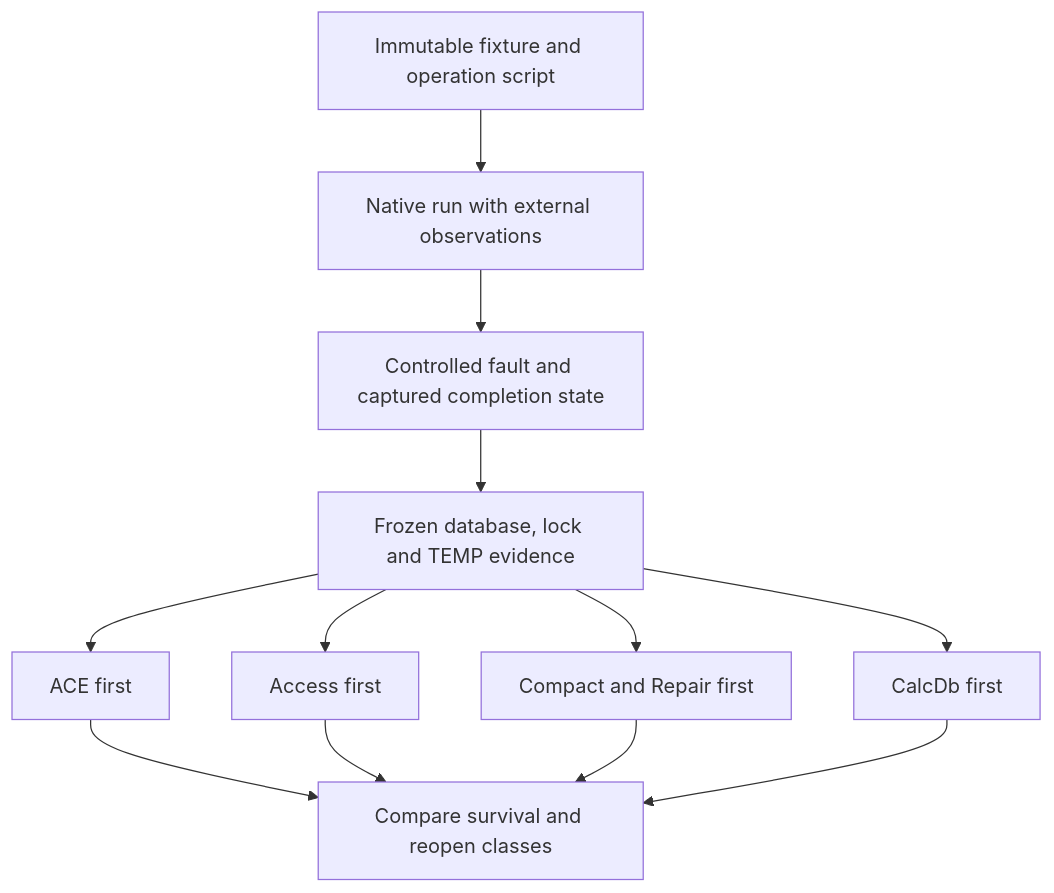
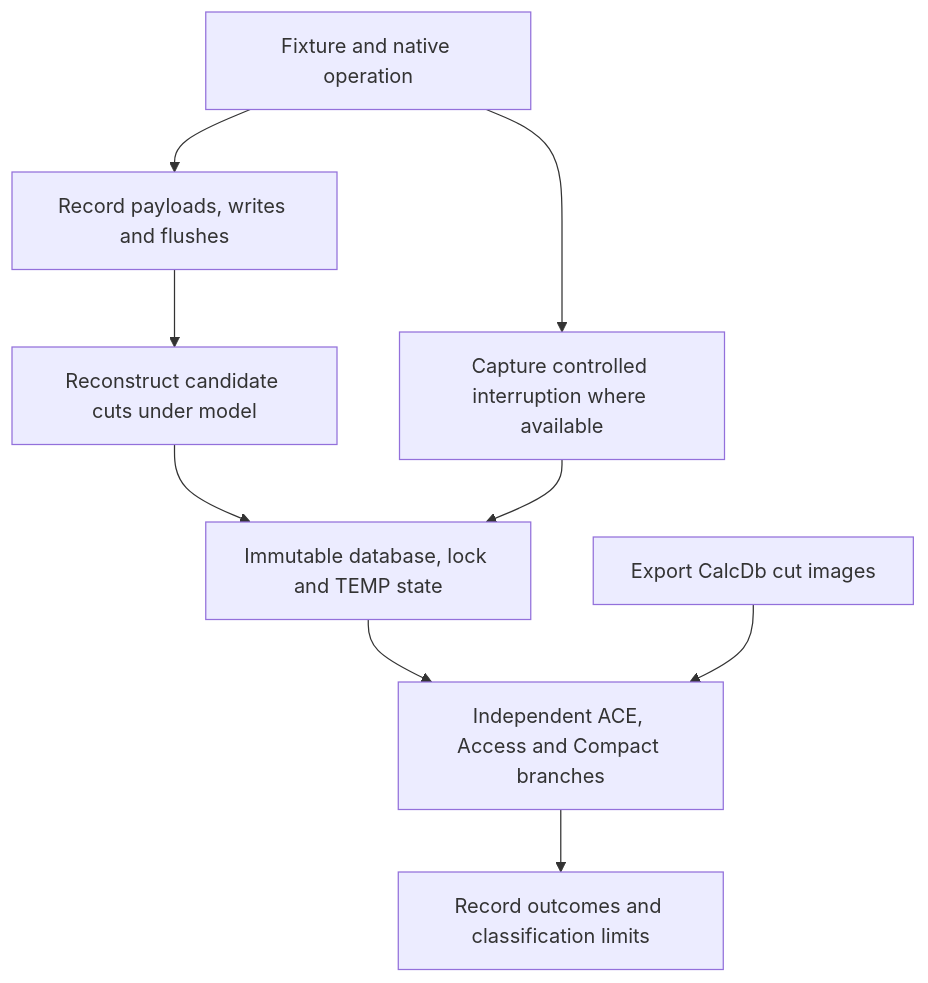
Before and after one commit to DnaCalc/CalcDb: the third of 3 diagrams in docs/book/II-08-transactions.md, drawn with Mermaid. The commit also changed other lines of this file and 41 other files, not shown here.

````diff
--- a/docs/book/II-08-transactions.md
+++ b/docs/book/II-08-transactions.md
@@ -700,14 +737,11 @@
 ```mermaid
 flowchart TD
-    A["Immutable fixture and operation script"] --> B["Native run with external observations"]
-    B --> C["Controlled fault and captured completion state"]
-    C --> D["Frozen database, lock and TEMP evidence"]
-    D --> E["ACE first"]
-    D --> F["Access first"]
-    D --> G["Compact and Repair first"]
-    D --> H["CalcDb first"]
-    E --> I["Compare survival and reopen classes"]
-    F --> I
-    G --> I
-    H --> I
+    A["Fixture and native operation"] --> B["Record payloads, writes and flushes"]
+    B --> C["Reconstruct candidate cuts under model"]
+    A --> D["Capture controlled interruption where available"]
+    C --> E["Immutable database, lock and TEMP state"]
+    D --> E
+    E --> F["Independent ACE, Access and Compact branches"]
+    G["Export CalcDb cut images"] --> F
+    F --> H["Record outcomes and classification limits"]
 ```
````
